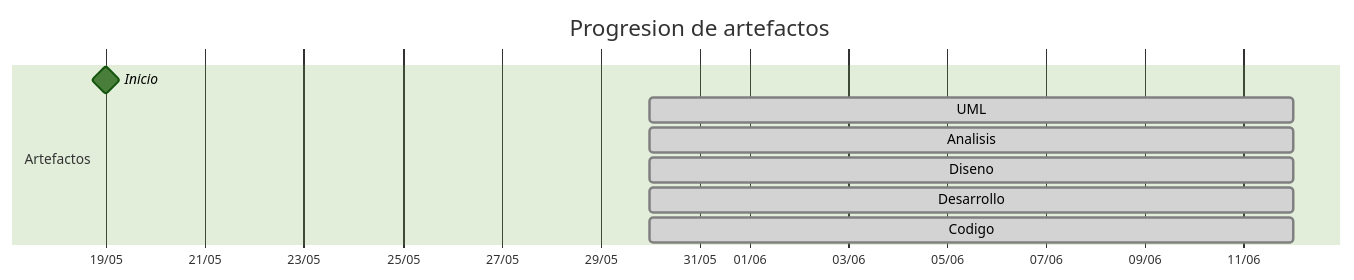
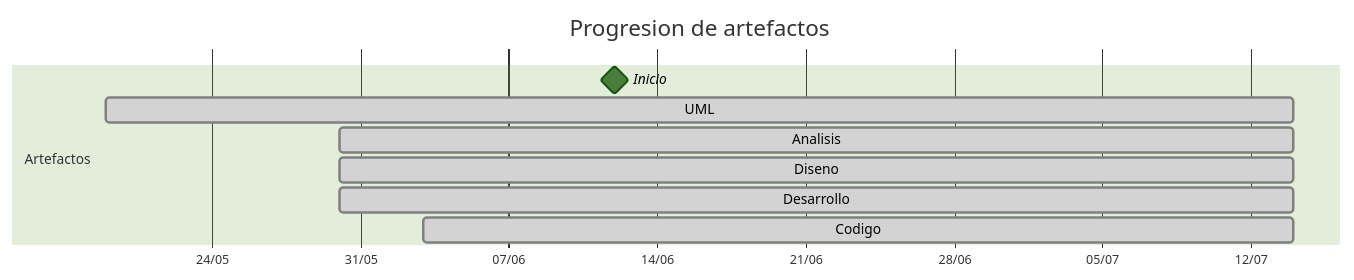
One commit to mmasias/25-26-idsw2-sdVC changed the diagram in TIMELINES/manuelmunoz8.md. Above: the diagram before and after it, drawn with Mermaid (forest theme). The commit also changed other lines of this file and 1 other file, not shown here.

````diff
--- a/TIMELINES/manuelmunoz8.md
+++ b/TIMELINES/manuelmunoz8.md
@@ -20,13 +20,13 @@
 ```mermaid
 gantt
     title Progresion de artefactos
     dateFormat YYYY-MM-DD
     axisFormat %d/%m
     section Artefactos
-        Inicio       :milestone, 2026-05-19, 0d
-        UML          :done, 2026-05-30, 2026-06-12
-        Analisis     :done, 2026-05-30, 2026-06-12
-        Diseno       :done, 2026-05-30, 2026-06-12
-        Desarrollo   :done, 2026-05-30, 2026-06-12
-        Codigo       :done, 2026-05-30, 2026-06-12
+        Inicio       :milestone, 2026-06-12, 0d
+        UML          :done, 2026-05-19, 2026-07-14
+        Analisis     :done, 2026-05-30, 2026-07-14
+        Diseno       :done, 2026-05-30, 2026-07-14
+        Desarrollo   :done, 2026-05-30, 2026-07-14
+        Codigo       :done, 2026-06-03, 2026-07-14
 ```
````
